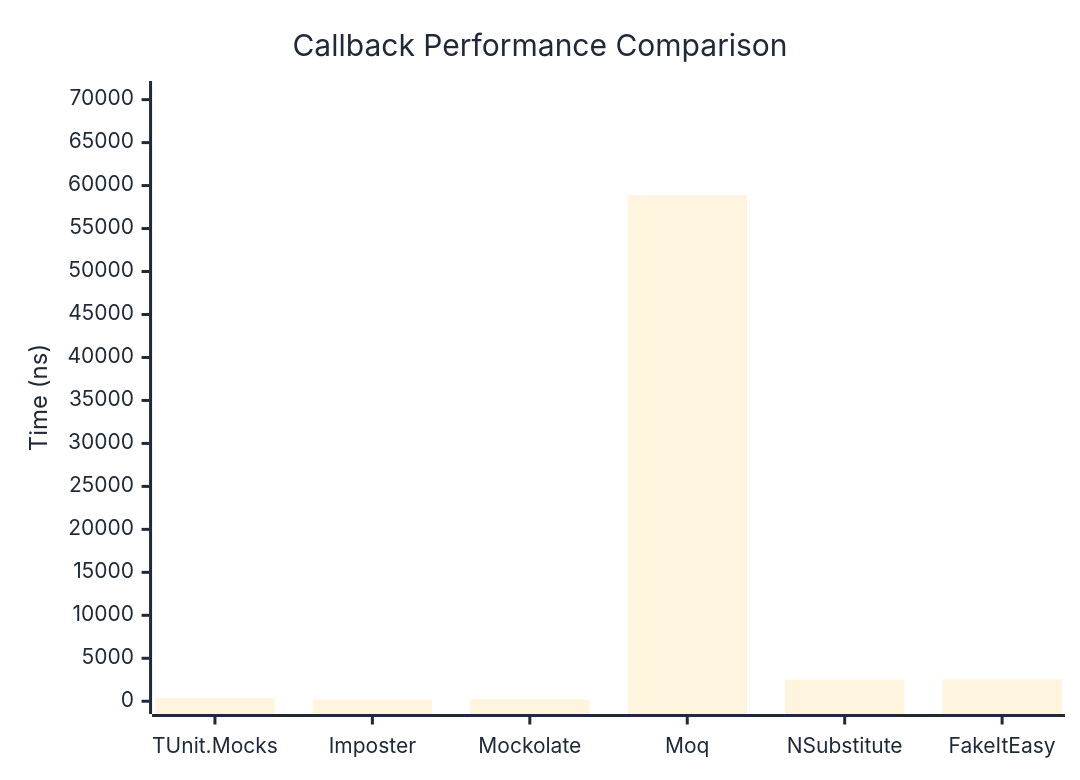
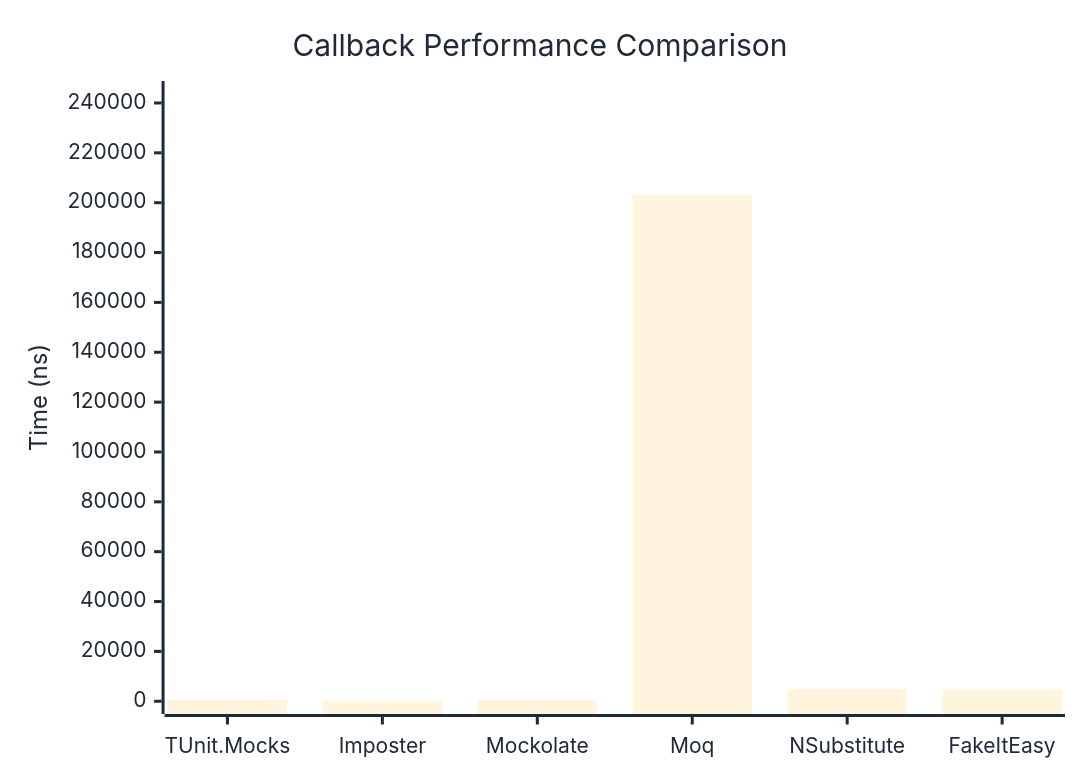
One commit to thomhurst/TUnit changed the first of 2 diagrams in docs/docs/benchmarks/mocks/Callback.md. Above: the diagram before and after it, drawn with Mermaid. The commit also changed other lines of this file and 14 other files, not shown here.

````diff
--- a/docs/docs/benchmarks/mocks/Callback.md
+++ b/docs/docs/benchmarks/mocks/Callback.md
@@ -30,27 +30,27 @@
 ```mermaid
 %%{init: {
   'theme':'base',
   'themeVariables': {
     'primaryColor': '#2563eb',
     'primaryTextColor': '#1f2937',
     'primaryBorderColor': '#1e40af',
     'lineColor': '#6b7280',
     'secondaryColor': '#7c3aed',
     'tertiaryColor': '#dc2626',
     'background': '#ffffff',
     'pie1': '#2563eb',
     'pie2': '#7c3aed',
     'pie3': '#dc2626',
     'pie4': '#f59e0b',
     'pie5': '#10b981',
     'pie6': '#06b6d4',
     'pie7': '#ec4899',
     'pie8': '#6366f1'
   }
 }}%%
 xychart-beta
   title "Callback Performance Comparison"
   x-axis ["TUnit.Mocks", "Imposter", "Mockolate", "Moq", "NSubstitute", "FakeItEasy"]
-  y-axis "Time (ns)" 0 --> 70685
-  bar [390.9, 156.6, 207, 58903.4, 2522.8, 2559.4]
+  y-axis "Time (ns)" 0 --> 243706
+  bar [622.7, 238.8, 313.1, 203087.7, 4758.9, 4677.3]
 ```
````
